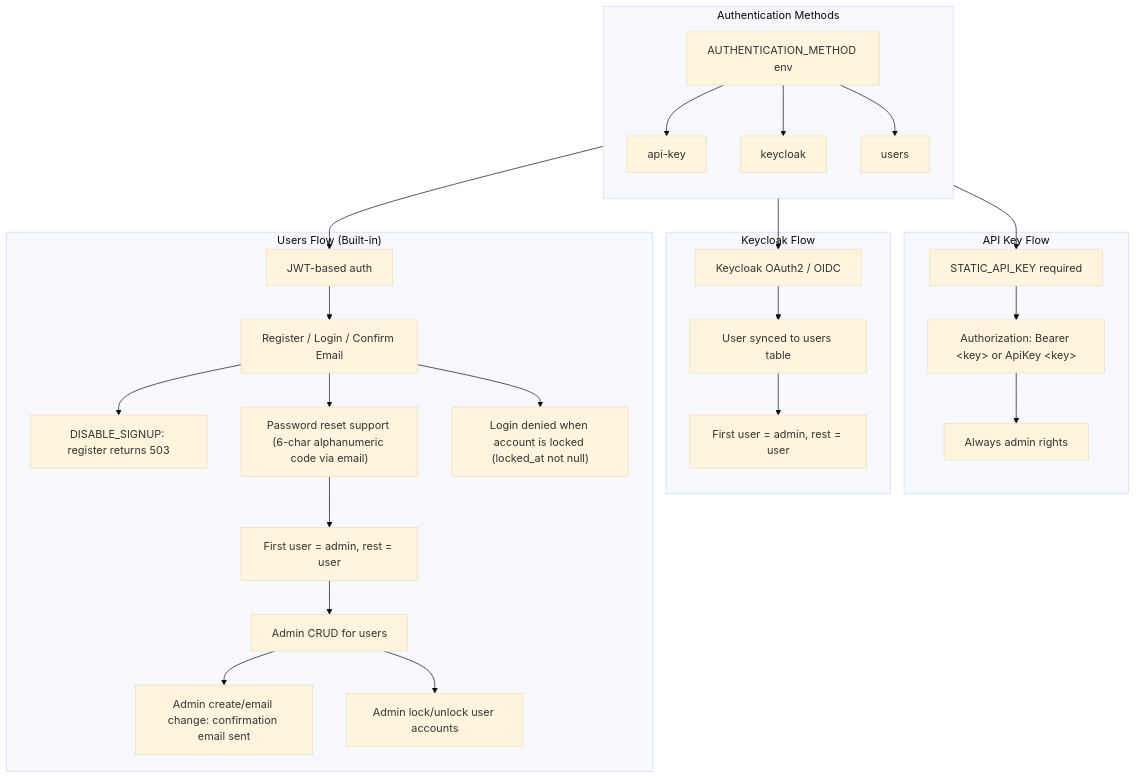
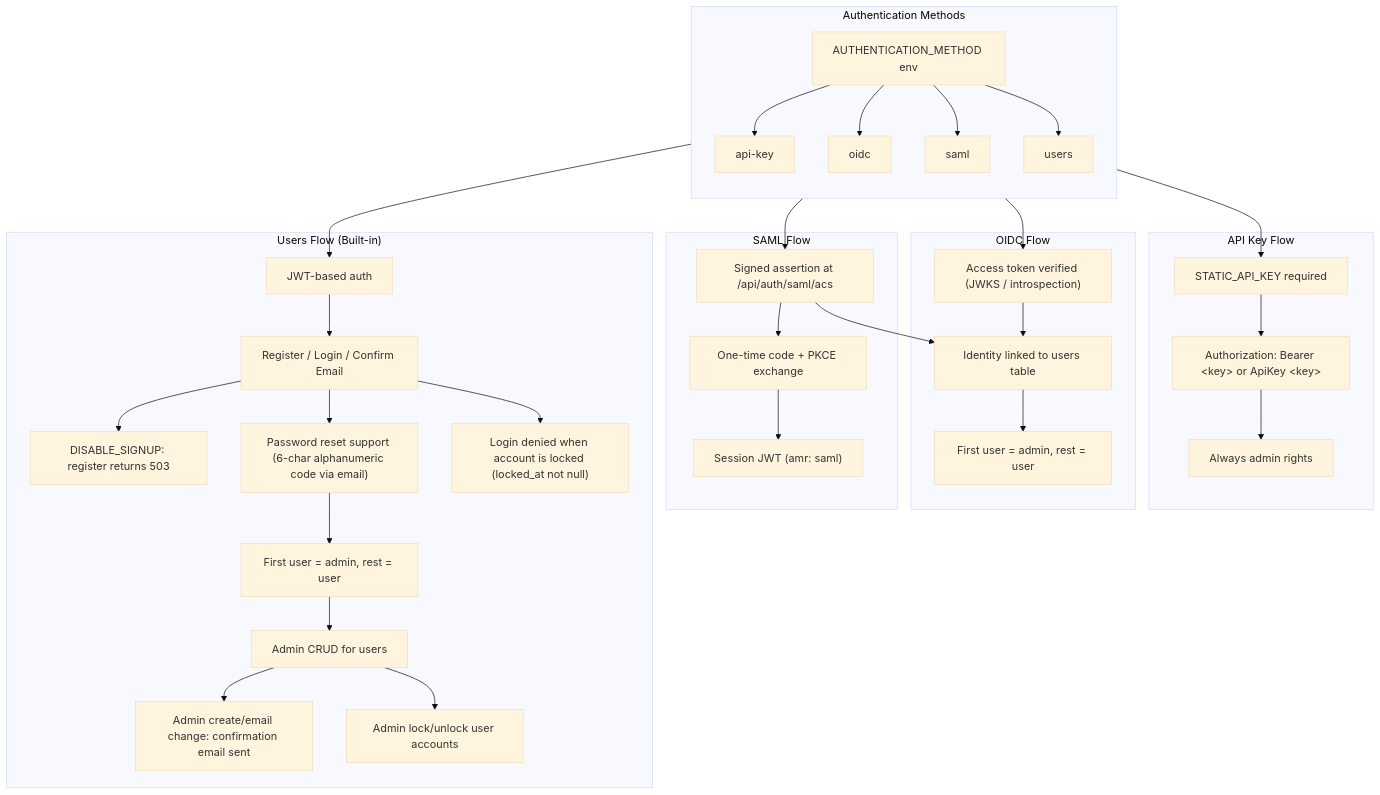
One commit to forepath/one changed the first of 2 diagrams in docs/agenstra/features/authentication.md. Above: the diagram before and after it, drawn with Mermaid (base theme). The commit also changed other lines of this file and 402 other files, not shown here.

First line of the commit message:
feat(shared)!: native oidc and saml support (#724)

````diff
--- a/docs/agenstra/features/authentication.md
+++ b/docs/agenstra/features/authentication.md
@@ -399,34 +476,42 @@
 ```mermaid
 flowchart TB
     subgraph AUTH["Authentication Methods"]
         direction TB
         AUTH_METHOD["AUTHENTICATION_METHOD env"]
         AUTH_METHOD --> API_KEY["api-key"]
-        AUTH_METHOD --> KEYCLOAK["keycloak"]
+        AUTH_METHOD --> OIDC["oidc"]
+        AUTH_METHOD --> SAML["saml"]
         AUTH_METHOD --> USERS["users"]
     end
 
     subgraph API_KEY_FLOW["API Key Flow"]
         API_KEY --> AK1["STATIC_API_KEY required"]
         AK1 --> AK2["Authorization: Bearer &lt;key&gt; or ApiKey &lt;key&gt;"]
         AK2 --> AK3["Always admin rights"]
     end
 
-    subgraph KEYCLOAK_FLOW["Keycloak Flow"]
-        KEYCLOAK --> KC1["Keycloak OAuth2 / OIDC"]
-        KC1 --> KC2["User synced to users table"]
+    subgraph OIDC_FLOW["OIDC Flow"]
+        OIDC --> KC1["Access token verified (JWKS / introspection)"]
+        KC1 --> KC2["Identity linked to users table"]
         KC2 --> KC3["First user = admin, rest = user"]
+    end
+
+    subgraph SAML_FLOW["SAML Flow"]
+        SAML --> SF1["Signed assertion at /api/auth/saml/acs"]
+        SF1 --> SF2["One-time code + PKCE exchange"]
+        SF2 --> SF3["Session JWT (amr: saml)"]
+        SF1 --> KC2
     end
 
     subgraph USERS_FLOW["Users Flow (Built-in)"]
         USERS --> UF1["JWT-based auth"]
         UF1 --> UF2["Register / Login / Confirm Email"]
         UF2 --> UF2a["DISABLE_SIGNUP: register returns 503"]
         UF2 --> UF3["Password reset support (6-char alphanumeric code via email)"]
         UF3 --> UF4["First user = admin, rest = user"]
         UF4 --> UF5["Admin CRUD for users"]
         UF5 --> UF6["Admin create/email change: confirmation email sent"]
         UF5 --> UF7["Admin lock/unlock user accounts"]
         UF2 --> UF8["Login denied when account is locked (locked_at not null)"]
     end
 ```
````
